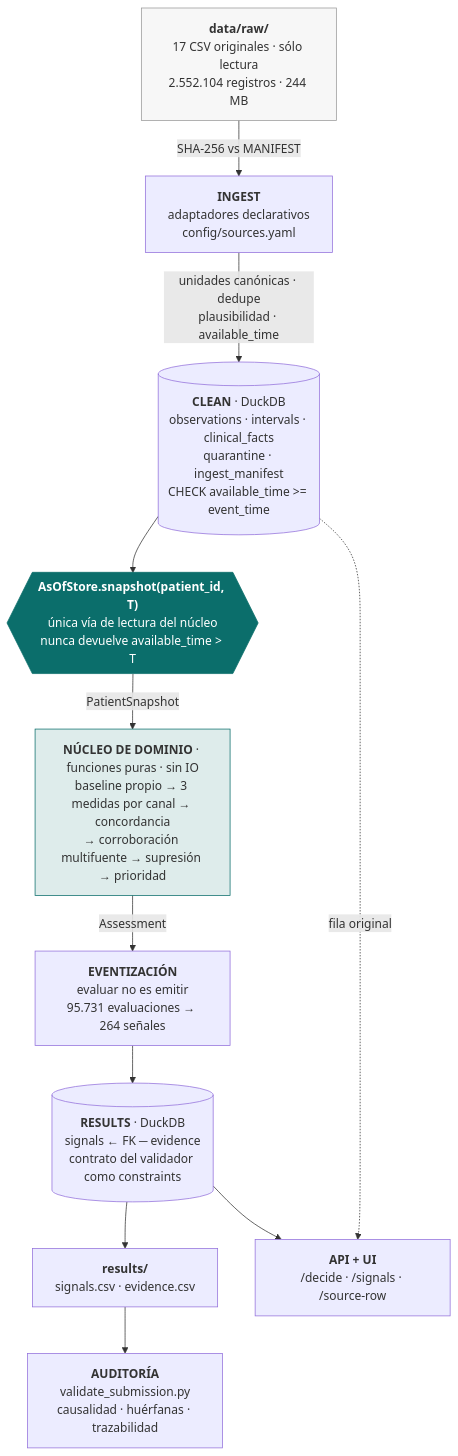
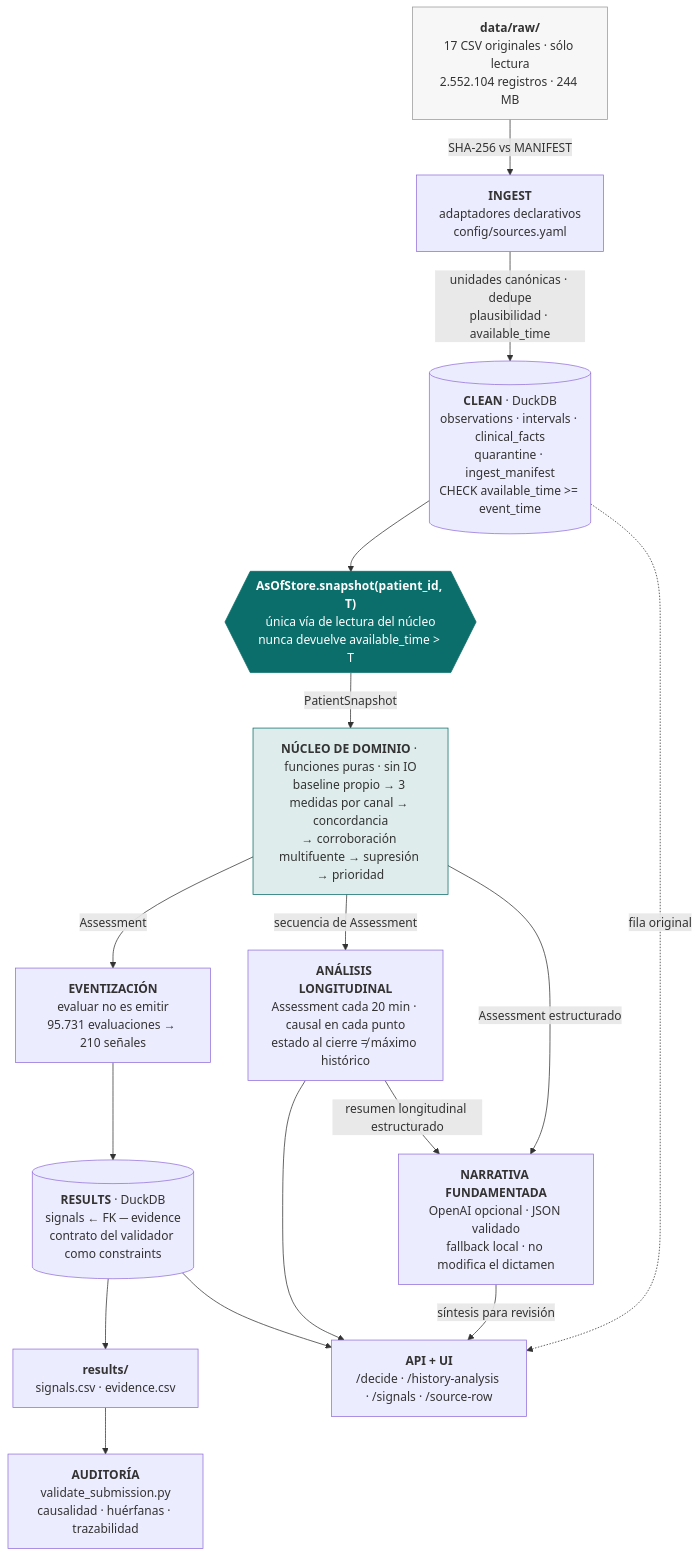
One commit to CodeWithJim/healthsignal-latam changed the first of 4 diagrams in ARCHITECTURE.md. Above: the diagram before and after it, drawn with Mermaid. The commit also changed other lines of this file and 12 other files, not shown here.

````diff
--- a/ARCHITECTURE.md
+++ b/ARCHITECTURE.md
@@ -13,33 +13,41 @@
 ```mermaid
 flowchart TD
     RAW["<b>data/raw/</b><br>17 CSV originales · sólo lectura<br>2.552.104 registros · 244 MB"]
 
     ING["<b>INGEST</b><br>adaptadores declarativos<br>config/sources.yaml"]
     CLEAN[("<b>CLEAN</b> · DuckDB<br>observations · intervals · clinical_facts<br>quarantine · ingest_manifest<br>CHECK available_time >= event_time")]
 
     PORT{{"<b>AsOfStore.snapshot(patient_id, T)</b><br>única vía de lectura del núcleo<br>nunca devuelve available_time > T"}}
 
     DOM["<b>NÚCLEO DE DOMINIO</b> · funciones puras · sin IO<br>baseline propio → 3 medidas por canal → concordancia<br>→ corroboración multifuente → supresión → prioridad"]
 
-    EVT["<b>EVENTIZACIÓN</b><br>evaluar no es emitir<br>95.731 evaluaciones → 264 señales"]
+    HIST["<b>ANÁLISIS LONGITUDINAL</b><br>Assessment cada 20 min · causal en cada punto<br>estado al cierre ≠ máximo histórico"]
+
+    EVT["<b>EVENTIZACIÓN</b><br>evaluar no es emitir<br>95.731 evaluaciones → 210 señales"]
     RES[("<b>RESULTS</b> · DuckDB<br>signals ← FK ─ evidence<br>contrato del validador como constraints")]
 
     CSV["<b>results/</b><br>signals.csv · evidence.csv"]
-    API["<b>API + UI</b><br>/decide · /signals · /source-row"]
+    API["<b>API + UI</b><br>/decide · /history-analysis · /signals · /source-row"]
+    NAR["<b>NARRATIVA FUNDAMENTADA</b><br>OpenAI opcional · JSON validado<br>fallback local · no modifica el dictamen"]
     AUD["<b>AUDITORÍA</b><br>validate_submission.py<br>causalidad · huérfanas · trazabilidad"]
 
     RAW -->|"SHA-256 vs MANIFEST"| ING
     ING -->|"unidades canónicas · dedupe<br>plausibilidad · available_time"| CLEAN
     CLEAN --> PORT
     PORT -->|"PatientSnapshot"| DOM
     DOM -->|"Assessment"| EVT
+    DOM -->|"secuencia de Assessment"| HIST
     EVT --> RES
     RES --> CSV
     RES --> API
+    HIST --> API
+    HIST -->|"resumen longitudinal estructurado"| NAR
+    DOM -->|"Assessment estructurado"| NAR
+    NAR -->|"síntesis para revisión"| API
     CSV --> AUD
     CLEAN -.->|"fila original"| API
 
     style PORT fill:#0b6e6b,stroke:#0b6e6b,color:#fff
     style DOM fill:#0b6e6b22,stroke:#0b6e6b
     style RAW fill:#00000008,stroke:#999
 ```
````
